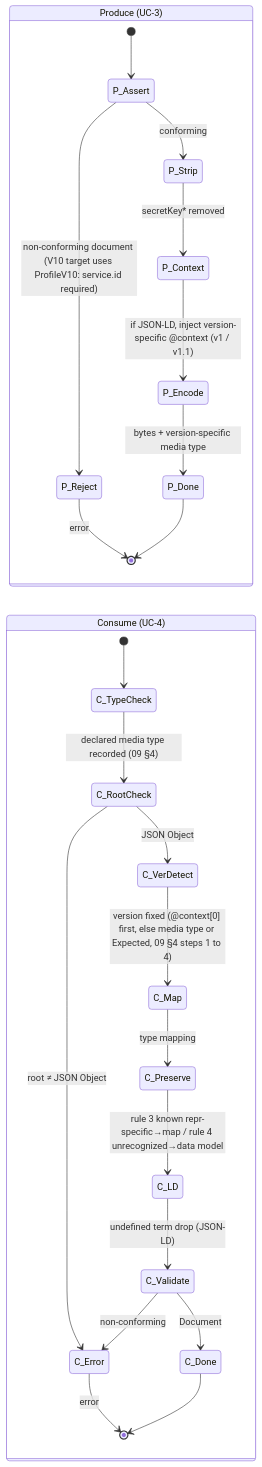
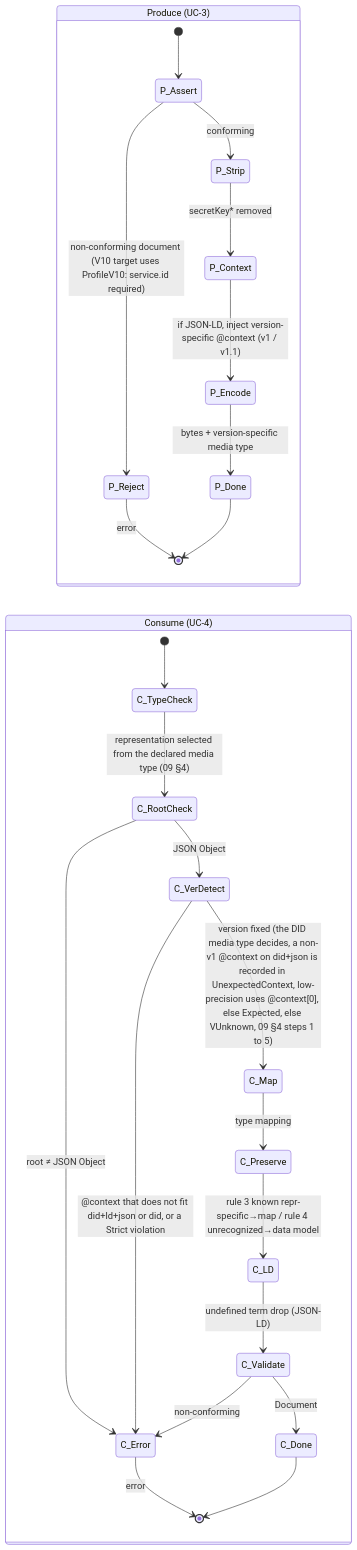
The third of 5 diagrams in docs/04-state-diagrams.md (SAGE-X-project/did-go), drawn with Mermaid before and after one commit. The commit also changed other lines of this file and 13 other files, not shown here.

````diff
--- a/docs/04-state-diagrams.md
+++ b/docs/04-state-diagrams.md
@@ -69,28 +69,29 @@
 ```mermaid
 stateDiagram-v2
     direction LR
     state "Produce (UC-3)" as P {
         [*] --> P_Assert
         P_Assert --> P_Reject: non-conforming document (V10 target uses ProfileV10: service.id required)
         P_Assert --> P_Strip: conforming
         P_Strip --> P_Context: secretKey* removed
         P_Context --> P_Encode: if JSON-LD, inject version-specific @context (v1 / v1.1)
         P_Encode --> P_Done: bytes + version-specific media type
         P_Reject --> [*]: error
         P_Done --> [*]
     }
     state "Consume (UC-4)" as C {
         [*] --> C_TypeCheck
-        C_TypeCheck --> C_RootCheck: declared media type recorded (09 §4)
+        C_TypeCheck --> C_RootCheck: representation selected from the declared media type (09 §4)
         C_RootCheck --> C_Error: root ≠ JSON Object
         C_RootCheck --> C_VerDetect: JSON Object
-        C_VerDetect --> C_Map: version fixed (@context[0] first, else media type or Expected, 09 §4 steps 1 to 4)
+        C_VerDetect --> C_Map: version fixed (the DID media type decides, a non-v1 @context on did+json is recorded in UnexpectedContext, low-precision uses @context[0], else Expected, else VUnknown, 09 §4 steps 1 to 5)
+        C_VerDetect --> C_Error: @context that does not fit did+ld+json or did, or a Strict violation
         C_Map --> C_Preserve: type mapping
         C_Preserve --> C_LD: rule 3 known repr-specific→map / rule 4 unrecognized→data model
         C_LD --> C_Validate: undefined term drop (JSON-LD)
         C_Validate --> C_Error: non-conforming
         C_Validate --> C_Done: Document
         C_Error --> [*]: error
         C_Done --> [*]
     }
 ```
````
